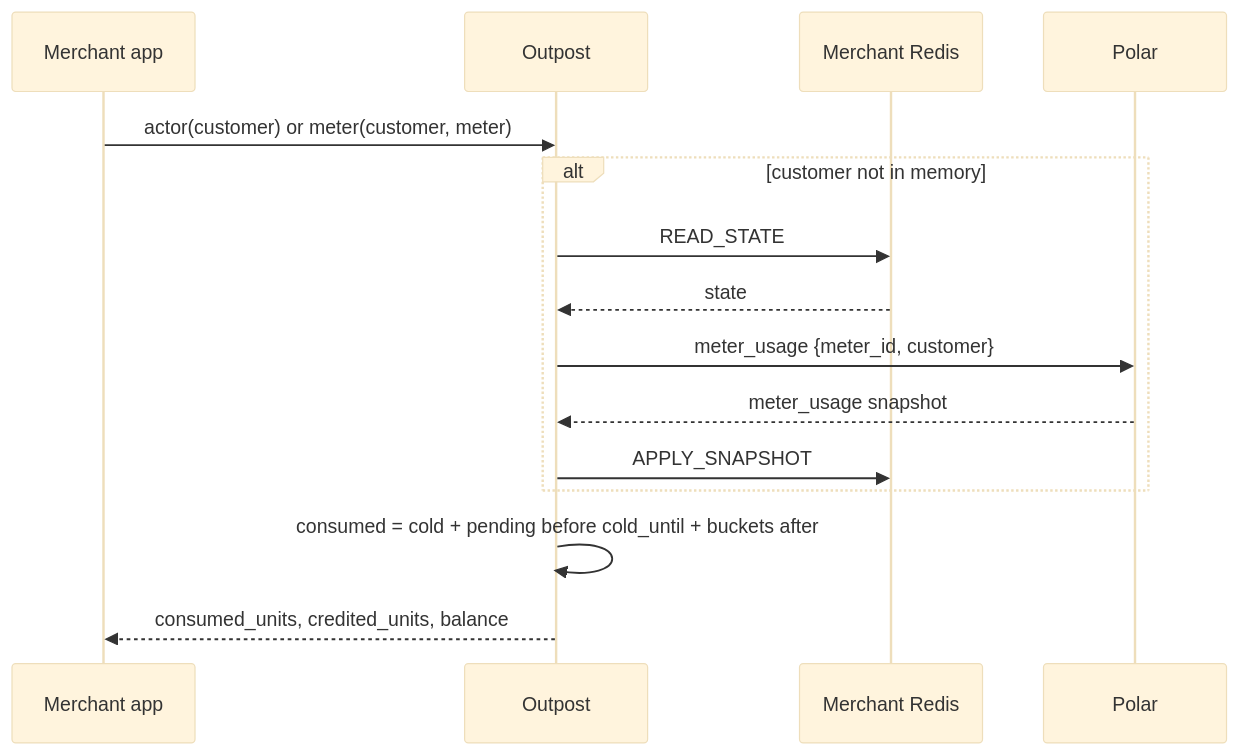
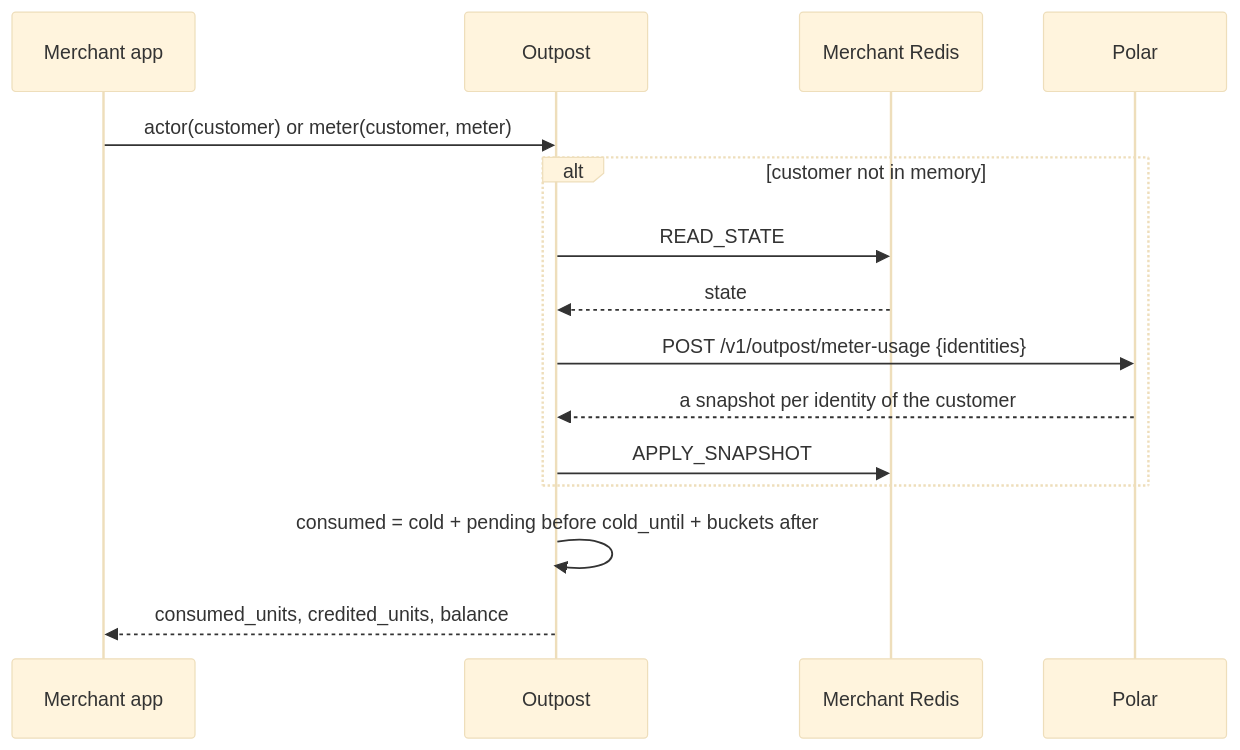
One commit to polarsource/polar changed the second of 3 diagrams in handbook/engineering/design-documents/outpost.mdx. Above: the diagram before and after it, drawn with Mermaid (base theme). The commit also changed other lines of this file, not shown here.

Commit message:
outpost: describe the pull in the design doc

````diff
--- a/handbook/engineering/design-documents/outpost.mdx
+++ b/handbook/engineering/design-documents/outpost.mdx
@@ -105,18 +108,18 @@
 ```mermaid
 sequenceDiagram
     participant App as Merchant app
     participant O as Outpost
     participant R as Merchant Redis
     participant P as Polar
 
     App->>O: actor(customer) or meter(customer, meter)
     alt customer not in memory
         O->>R: READ_STATE
         R-->>O: state
-        O->>P: meter_usage {meter_id, customer}
-        P-->>O: meter_usage snapshot
+        O->>P: POST /v1/outpost/meter-usage {identities}
+        P-->>O: a snapshot per identity of the customer
         O->>R: APPLY_SNAPSHOT
     end
     O->>O: consumed = cold + pending before cold_until + buckets after
     O-->>App: consumed_units, credited_units, balance
 ```
````
